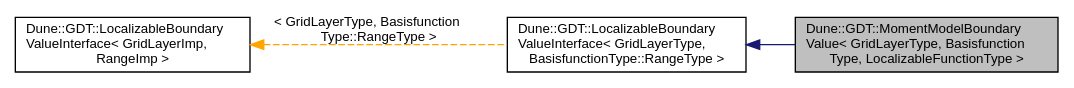
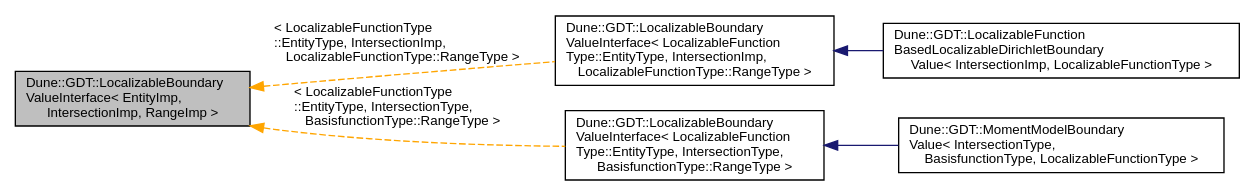
Before and after one commit to dune-community/dune-community.github.io: the diagram in docs/dune-gdt/''/a01903.dot, drawn with Graphviz. The commit also changed 2647 other files, not shown here.

Commit message:
Updated documentation for dune-gdt ''

```diff
--- a/docs/dune-gdt/''/a01903.dot
+++ b/docs/dune-gdt/''/a01903.dot
@@ -1,11 +1,15 @@
-digraph "Dune::GDT::MomentModelBoundaryValue&lt; GridLayerType, BasisfunctionType, LocalizableFunctionType &gt;"
+digraph "Dune::GDT::LocalizableBoundaryValueInterface&lt; EntityImp, IntersectionImp, RangeImp &gt;"
 {
   edge [fontname="Helvetica",fontsize="10",labelfontname="Helvetica",labelfontsize="10"];
   node [fontname="Helvetica",fontsize="10",shape=record];
   rankdir="LR";
-  Node0 [label="Dune::GDT::MomentModelBoundary\lValue\< GridLayerType, Basisfunction\lType, LocalizableFunctionType \>",height=0.2,width=0.4,color="black", fillcolor="grey75", style="filled", fontcolor="black"];
-  Node1 -> Node0 [dir="back",color="midnightblue",fontsize="10",style="solid",fontname="Helvetica"];
-  Node1 [label="Dune::GDT::LocalizableBoundary\lValueInterface\< GridLayerType,\l BasisfunctionType::RangeType \>",height=0.2,width=0.4,color="black", fillcolor="white", style="filled",URL="$a01888.html"];
-  Node2 -> Node1 [dir="back",color="orange",fontsize="10",style="dashed",label=" \< GridLayerType, Basisfunction\lType::RangeType \>" ,fontname="Helvetica"];
-  Node2 [label="Dune::GDT::LocalizableBoundary\lValueInterface\< GridLayerImp,\l RangeImp \>",height=0.2,width=0.4,color="black", fillcolor="white", style="filled",URL="$a01888.html"];
+  Node0 [label="Dune::GDT::LocalizableBoundary\lValueInterface\< EntityImp,\l IntersectionImp, RangeImp \>",height=0.2,width=0.4,color="black", fillcolor="grey75", style="filled", fontcolor="black"];
+  Node0 -> Node1 [dir="back",color="orange",fontsize="10",style="dashed",label=" \< LocalizableFunctionType\l::EntityType, IntersectionImp,\l LocalizableFunctionType::RangeType \>" ,fontname="Helvetica"];
+  Node1 [label="Dune::GDT::LocalizableBoundary\lValueInterface\< LocalizableFunction\lType::EntityType, IntersectionImp,\l LocalizableFunctionType::RangeType \>",height=0.2,width=0.4,color="black", fillcolor="white", style="filled",URL="$a01904.html"];
+  Node1 -> Node2 [dir="back",color="midnightblue",fontsize="10",style="solid",fontname="Helvetica"];
+  Node2 [label="Dune::GDT::LocalizableFunction\lBasedLocalizableDirichletBoundary\lValue\< IntersectionImp, LocalizableFunctionType \>",height=0.2,width=0.4,color="black", fillcolor="white", style="filled",URL="$a01912.html"];
+  Node0 -> Node3 [dir="back",color="orange",fontsize="10",style="dashed",label=" \< LocalizableFunctionType\l::EntityType, IntersectionType,\l BasisfunctionType::RangeType \>" ,fontname="Helvetica"];
+  Node3 [label="Dune::GDT::LocalizableBoundary\lValueInterface\< LocalizableFunction\lType::EntityType, IntersectionType,\l BasisfunctionType::RangeType \>",height=0.2,width=0.4,color="black", fillcolor="white", style="filled",URL="$a01904.html"];
+  Node3 -> Node4 [dir="back",color="midnightblue",fontsize="10",style="solid",fontname="Helvetica"];
+  Node4 [label="Dune::GDT::MomentModelBoundary\lValue\< IntersectionType,\l BasisfunctionType, LocalizableFunctionType \>",height=0.2,width=0.4,color="black", fillcolor="white", style="filled",URL="$a01920.html"];
 }
```
